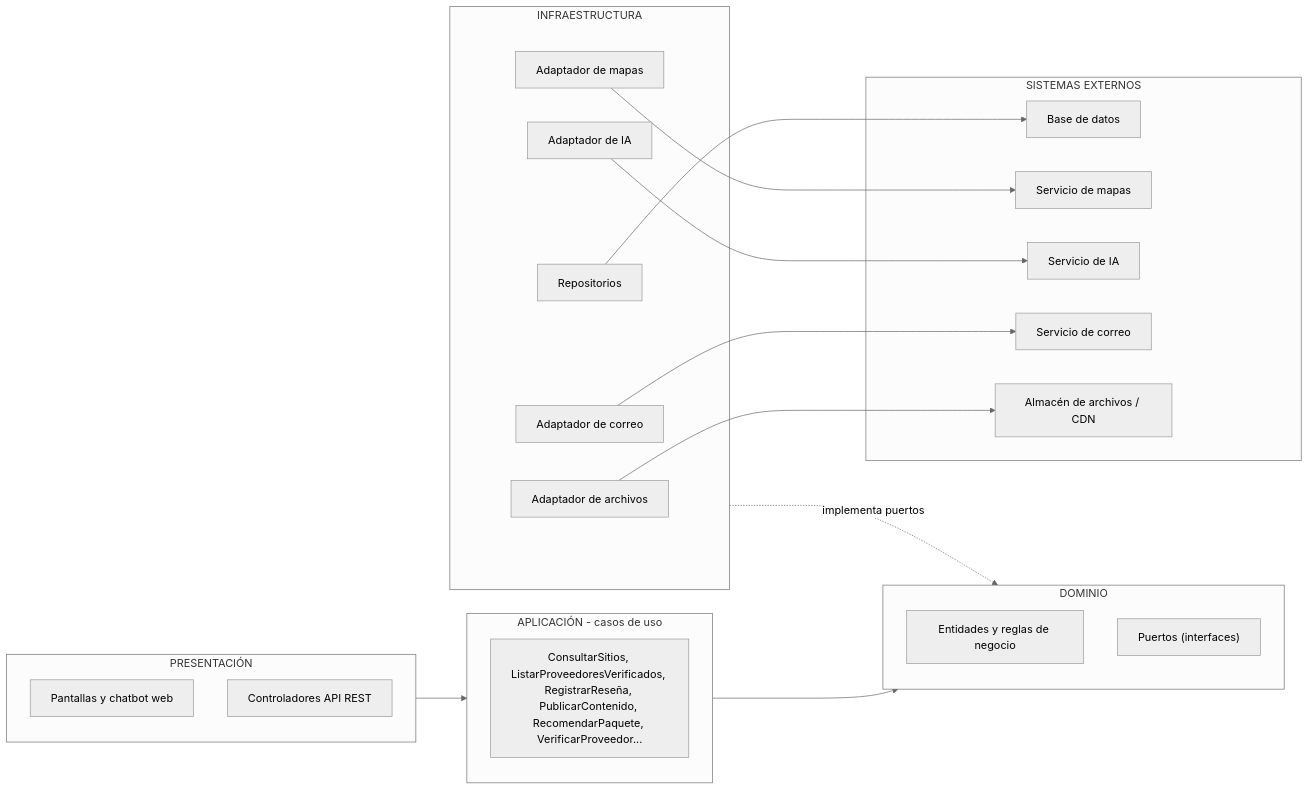
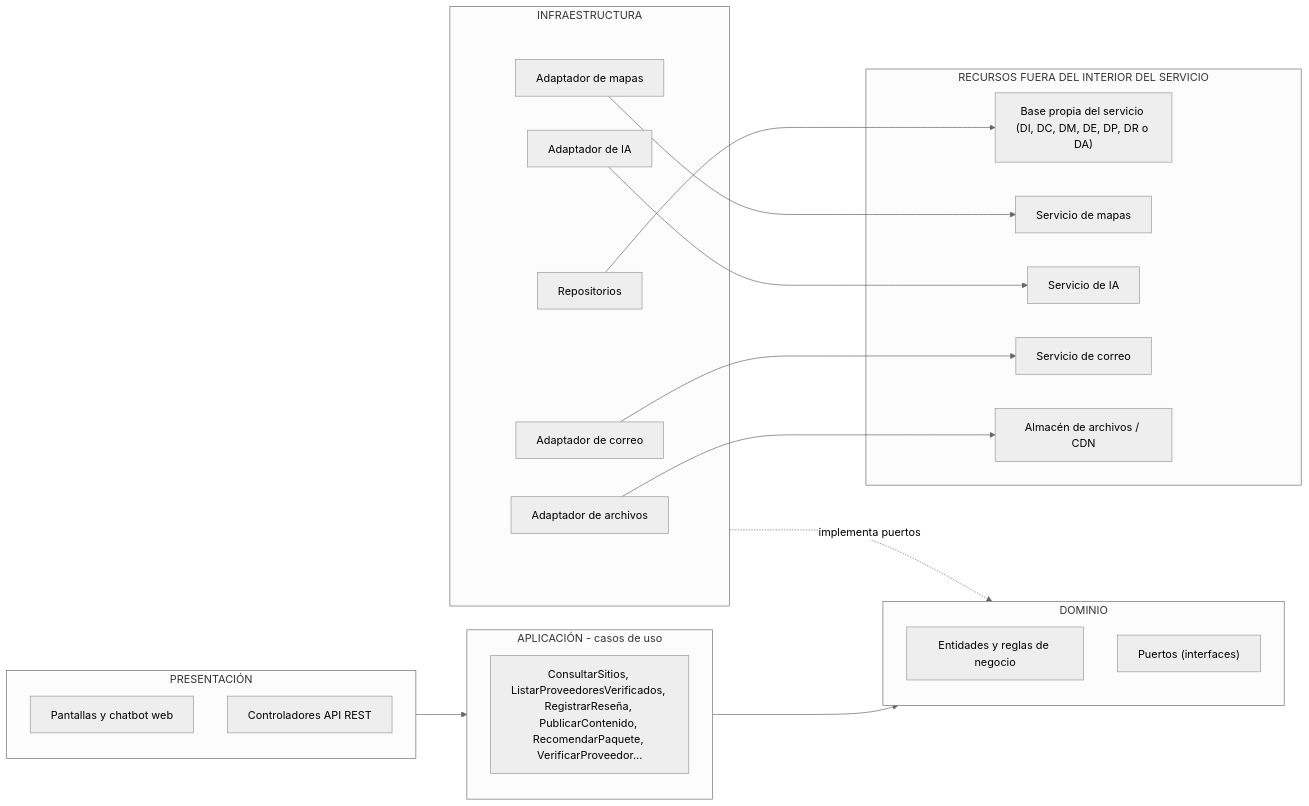
Before and after one commit to cristianllallahui27-commits/LlegueYa: the diagram in docs/02-arquitectura-software/enfoque-arquitectonico.md, drawn with Mermaid (neutral theme). The commit also changed other lines of this file and 34 other files, not shown here.

````diff
--- a/docs/02-arquitectura-software/enfoque-arquitectonico.md
+++ b/docs/02-arquitectura-software/enfoque-arquitectonico.md
@@ -46,41 +52,41 @@
 ```mermaid
 flowchart LR
     subgraph PRES["PRESENTACIÓN"]
         Pantallas["Pantallas y chatbot web"]
         Controladores["Controladores API REST"]
     end
 
     subgraph APP["APLICACIÓN - casos de uso"]
         CU["ConsultarSitios, ListarProveedoresVerificados, RegistrarReseña, PublicarContenido, RecomendarPaquete, VerificarProveedor..."]
     end
 
     subgraph DOM["DOMINIO"]
         Entidades["Entidades y reglas de negocio"]
         Puertos["Puertos (interfaces)"]
     end
 
     subgraph INFRA["INFRAESTRUCTURA"]
         Repos["Repositorios"]
         AdMapas["Adaptador de mapas"]
         AdIA["Adaptador de IA"]
         AdCorreo["Adaptador de correo"]
         AdArchivos["Adaptador de archivos"]
     end
 
-    subgraph EXT["SISTEMAS EXTERNOS"]
-        BD["Base de datos"]
+    subgraph EXT["RECURSOS FUERA DEL INTERIOR DEL SERVICIO"]
+        BD["Base propia del servicio (DI, DC, DM, DE, DP, DR o DA)"]
         Mapas["Servicio de mapas"]
         IA["Servicio de IA"]
         Correo["Servicio de correo"]
         Archivos["Almacén de archivos / CDN"]
     end
 
     PRES --> APP
     APP --> DOM
     INFRA -.->|"implementa puertos"| DOM
     Repos --> BD
     AdMapas --> Mapas
     AdIA --> IA
     AdCorreo --> Correo
     AdArchivos --> Archivos
 ```
````
